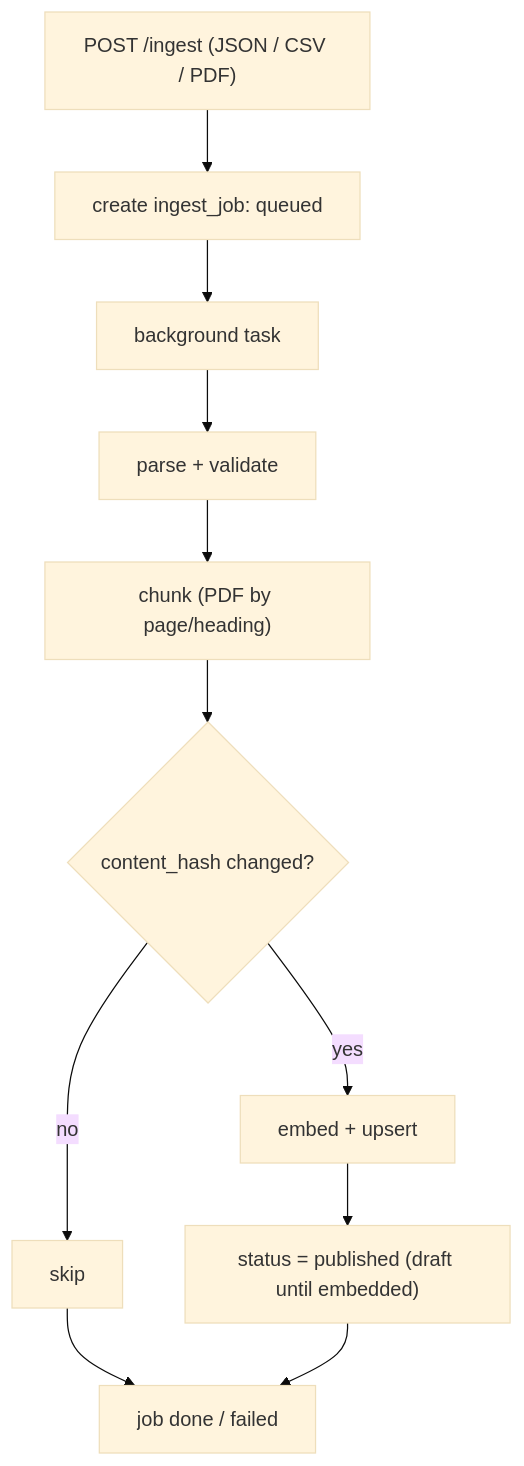
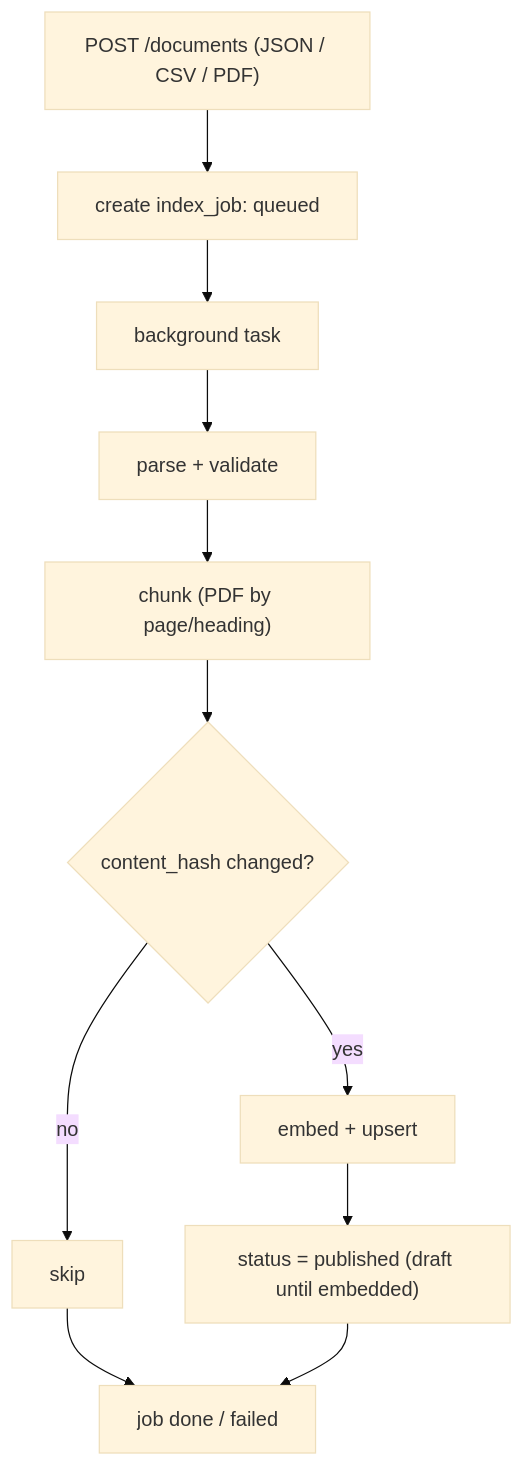
Before and after one commit to DziadBud/HackYeah2026: the second of 4 diagrams in documentation/backend/architecture.md, drawn with Mermaid (base theme). The commit also changed other lines of this file and 4 other files, not shown here.

````diff
--- a/documentation/backend/architecture.md
+++ b/documentation/backend/architecture.md
@@ -56,13 +56,13 @@
 ```mermaid
 flowchart TD
-    A["POST /ingest (JSON / CSV / PDF)"] --> B[create ingest_job: queued]
+    A["POST /documents (JSON / CSV / PDF)"] --> B[create index_job: queued]
     B --> C[background task]
     C --> D[parse + validate]
     D --> E["chunk (PDF by page/heading)"]
     E --> F{content_hash changed?}
     F -- no --> G[skip]
     F -- yes --> H[embed + upsert]
     H --> I["status = published (draft until embedded)"]
     G --> J
     I --> J[job done / failed]
 ```
````
